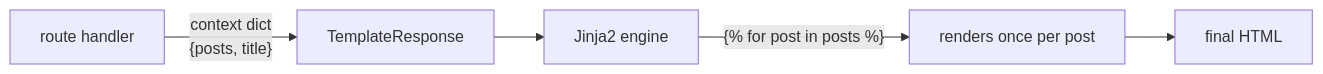
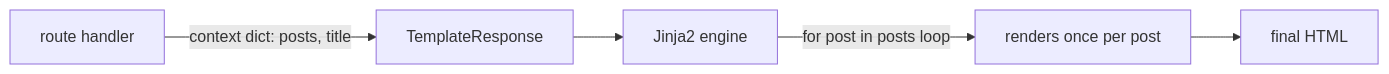
The diagram in docs/03-jinja2-templates.md (Pratik23G/fast-api-learn), drawn with Mermaid before and after one commit. The commit also changed 3 other files, not shown here.

````diff
--- a/docs/03-jinja2-templates.md
+++ b/docs/03-jinja2-templates.md
@@ -40,7 +40,7 @@
 ```mermaid
 flowchart LR
-    Route["route handler"] -->|"context dict\n{posts, title}"| TR["TemplateResponse"]
-    TR --> Engine["Jinja2 engine"]
-    Engine -->|"{% for post in posts %}"| Loop["renders once per post"]
-    Loop --> HTML["final HTML"]
+    Route[route handler] -->|context dict: posts, title| TR[TemplateResponse]
+    TR --> Engine[Jinja2 engine]
+    Engine -->|for post in posts loop| Loop[renders once per post]
+    Loop --> HTML[final HTML]
 ```
````
